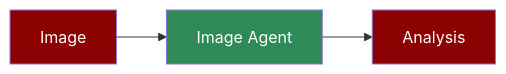
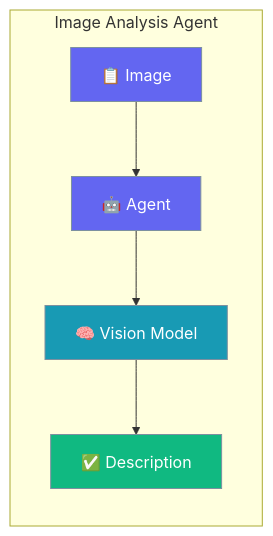
One commit to MervinPraison/PraisonAIDocs changed the first of 2 diagrams in docs/agents/image.mdx. Above: the diagram before and after it, drawn with Mermaid. The commit also changed other lines of this file and 2 other files, not shown here.

Commit message:
docs: AGENTS.md compliance for finance, data-analyst, image agents (#1733)

````diff
--- a/docs/agents/image.mdx
+++ b/docs/agents/image.mdx
@@ -8,9 +29,16 @@
 ```mermaid
-flowchart LR
-    In[Image] --> Agent[Image Agent]
-    Agent --> Out[Analysis]
-    
-    style In fill:#8B0000,color:#fff
-    style Agent fill:#2E8B57,color:#fff
-    style Out fill:#8B0000,color:#fff
+graph LR
+    subgraph "Image Analysis Agent"
+        User[📋 Image] --> Agent[🤖 Agent]
+        Agent --> Vision[🧠 Vision Model]
+        Vision --> Result[✅ Description]
+    end
+
+    classDef input fill:#6366F1,stroke:#7C90A0,color:#fff
+    classDef process fill:#189AB4,stroke:#7C90A0,color:#fff
+    classDef output fill:#10B981,stroke:#7C90A0,color:#fff
+
+    class User,Agent input
+    class Vision process
+    class Result output
 ```
````
